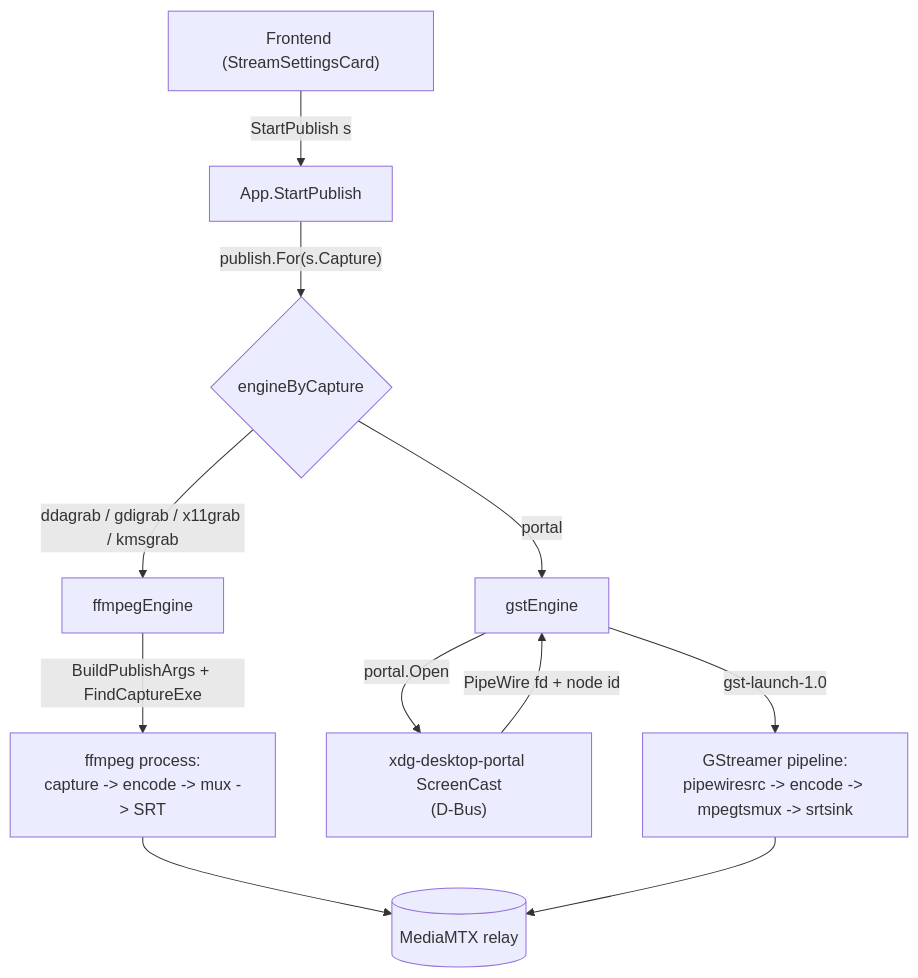
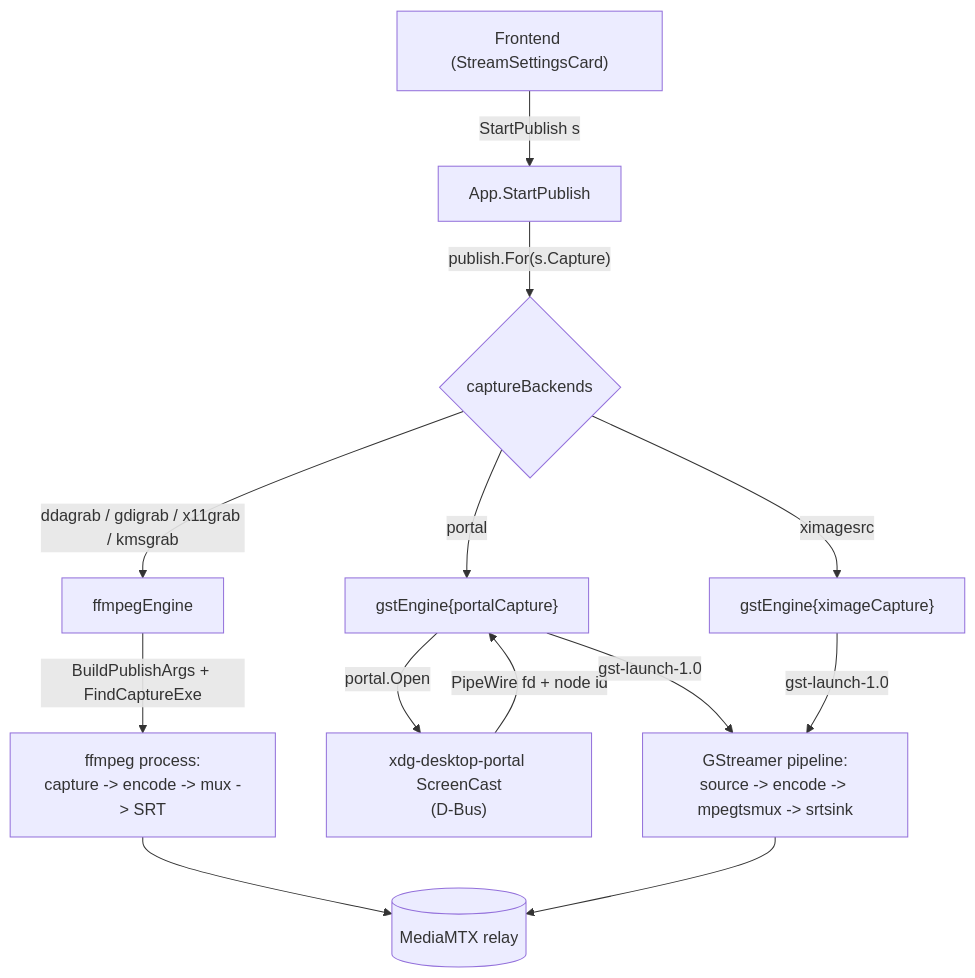
One commit to bjoern621/screen-sharing changed the diagram in docs/capture-architecture.md. Above: the diagram before and after it, drawn with Mermaid. The commit also changed other lines of this file and 112 other files, not shown here.

````diff
--- a/docs/capture-architecture.md
+++ b/docs/capture-architecture.md
@@ -14,13 +14,15 @@
 ```mermaid
 flowchart TD
     UI["Frontend (StreamSettingsCard)"] -->|StartPublish s| App["App.StartPublish"]
-    App -->|"publish.For(s.Capture)"| Reg{"engineByCapture"}
+    App -->|"publish.For(s.Capture)"| Reg{"captureBackends"}
     Reg -->|ddagrab / gdigrab / x11grab / kmsgrab| FE["ffmpegEngine"]
-    Reg -->|portal| GE["gstEngine"]
+    Reg -->|portal| GP["gstEngine{portalCapture}"]
+    Reg -->|ximagesrc| GX["gstEngine{ximageCapture}"]
     FE -->|"BuildPublishArgs + FindCaptureExe"| FF["ffmpeg process:<br/>capture -> encode -> mux -> SRT"]
-    GE -->|portal.Open| PortalSvc["xdg-desktop-portal ScreenCast<br/>(D-Bus)"]
-    PortalSvc -->|PipeWire fd + node id| GE
-    GE -->|gst-launch-1.0| GST["GStreamer pipeline:<br/>pipewiresrc -> encode -> mpegtsmux -> srtsink"]
+    GP -->|portal.Open| PortalSvc["xdg-desktop-portal ScreenCast<br/>(D-Bus)"]
+    PortalSvc -->|PipeWire fd + node id| GP
+    GP -->|gst-launch-1.0| GST["GStreamer pipeline:<br/>source -> encode -> mpegtsmux -> srtsink"]
+    GX -->|gst-launch-1.0| GST
     FF --> Relay[("MediaMTX relay")]
     GST --> Relay
 ```
````
